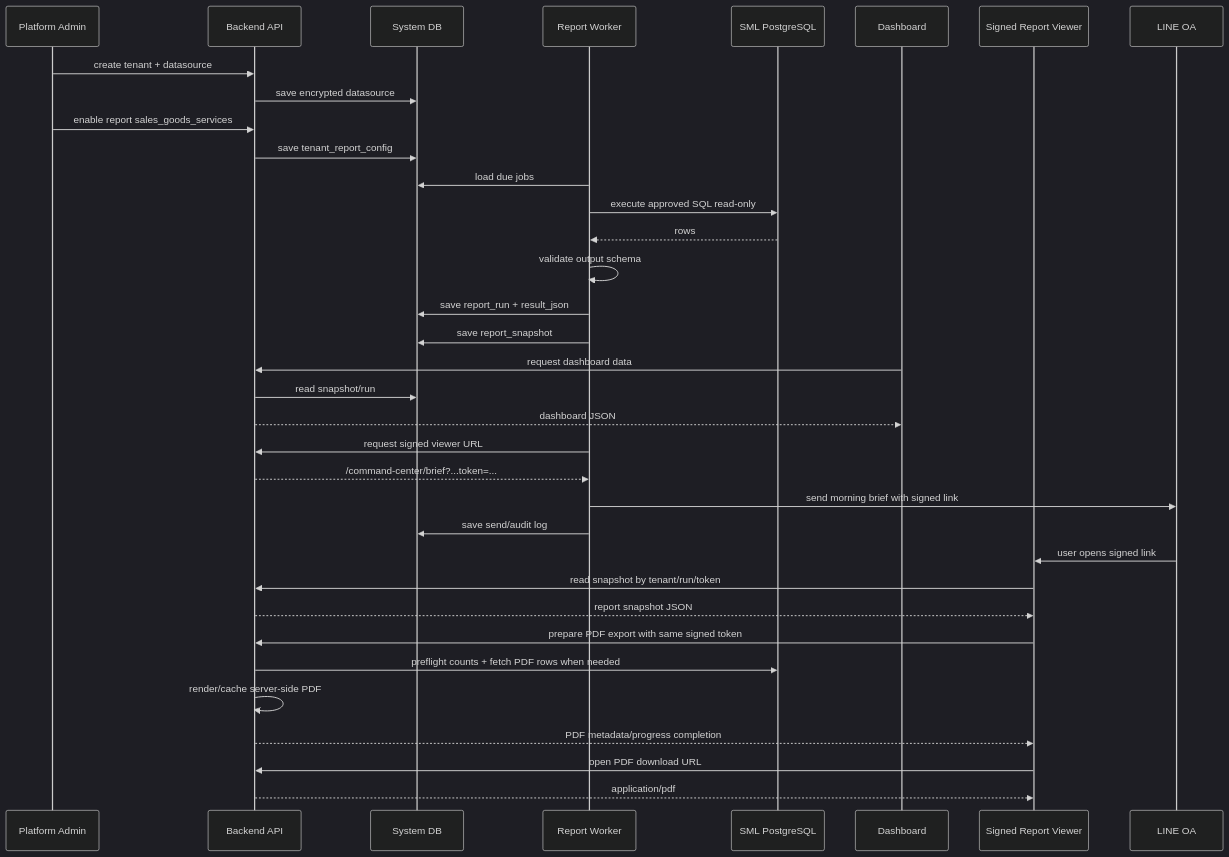
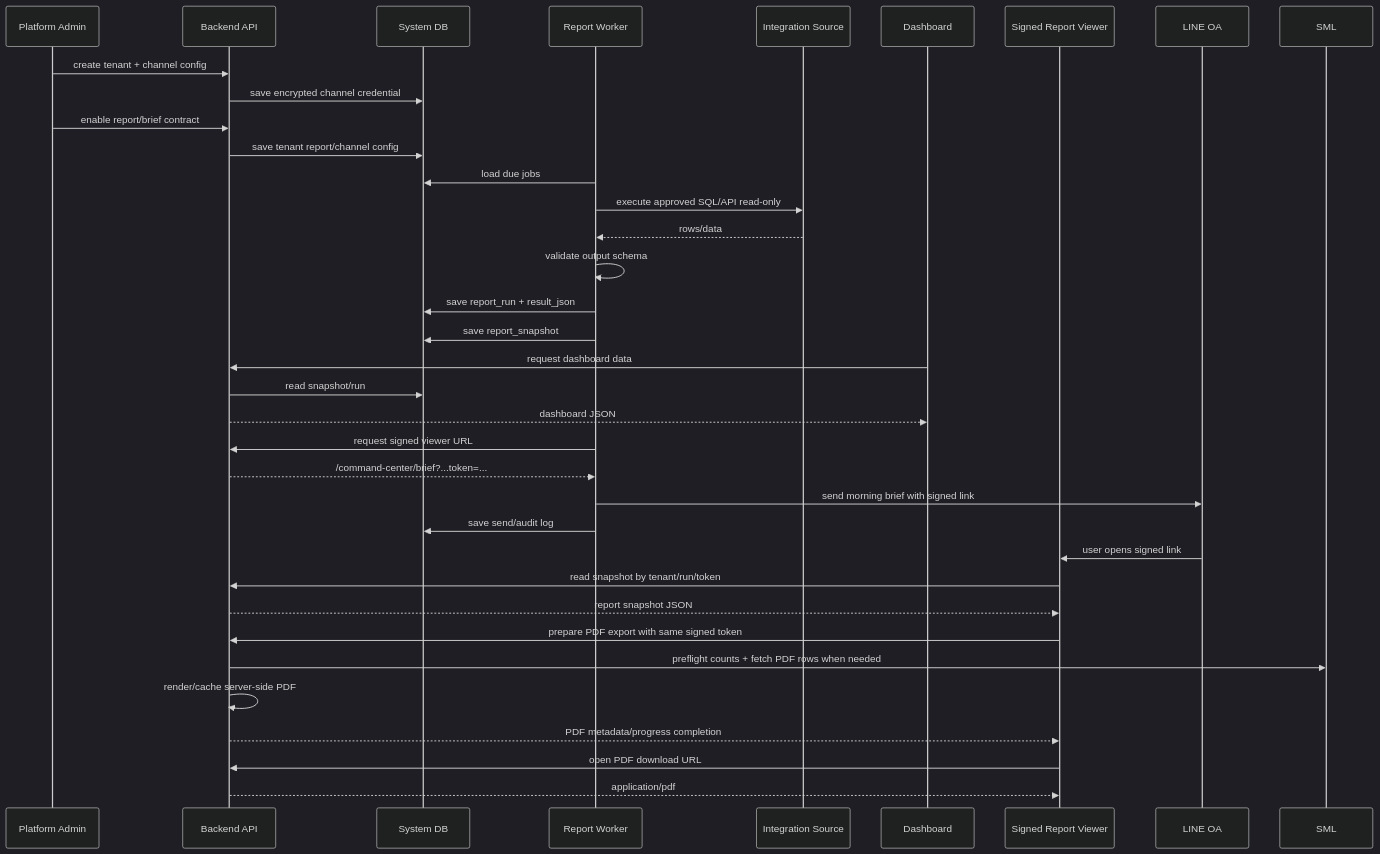
One commit to bosocmputer/ai-business-command-center changed the first of 2 diagrams in docs/03_DATA_FLOW_TH.md. Above: the diagram before and after it, drawn with Mermaid (dark theme). The commit also changed other lines of this file and 12 other files, not shown here.

Commit message:
Reframe docs as multi-channel brief hub

````diff
--- a/docs/03_DATA_FLOW_TH.md
+++ b/docs/03_DATA_FLOW_TH.md
@@ -9,38 +19,38 @@
 ```mermaid
 sequenceDiagram
     participant Admin as Platform Admin
     participant API as Backend API
     participant DB as System DB
     participant Worker as Report Worker
-    participant SML as SML PostgreSQL
+    participant Source as Integration Source
     participant Web as Dashboard
     participant Brief as Signed Report Viewer
     participant LINE as LINE OA
 
-    Admin->>API: create tenant + datasource
-    API->>DB: save encrypted datasource
-    Admin->>API: enable report sales_goods_services
-    API->>DB: save tenant_report_config
+    Admin->>API: create tenant + channel config
+    API->>DB: save encrypted channel credential
+    Admin->>API: enable report/brief contract
+    API->>DB: save tenant report/channel config
     Worker->>DB: load due jobs
-    Worker->>SML: execute approved SQL read-only
-    SML-->>Worker: rows
+    Worker->>Source: execute approved SQL/API read-only
+    Source-->>Worker: rows/data
     Worker->>Worker: validate output schema
     Worker->>DB: save report_run + result_json
     Worker->>DB: save report_snapshot
     Web->>API: request dashboard data
     API->>DB: read snapshot/run
     API-->>Web: dashboard JSON
     Worker->>API: request signed viewer URL
     API-->>Worker: /command-center/brief?...token=...
     Worker->>LINE: send morning brief with signed link
     Worker->>DB: save send/audit log
     LINE->>Brief: user opens signed link
     Brief->>API: read snapshot by tenant/run/token
     API-->>Brief: report snapshot JSON
     Brief->>API: prepare PDF export with same signed token
     API->>SML: preflight counts + fetch PDF rows when needed
     API->>API: render/cache server-side PDF
     API-->>Brief: PDF metadata/progress completion
     Brief->>API: open PDF download URL
     API-->>Brief: application/pdf
 ```
````
